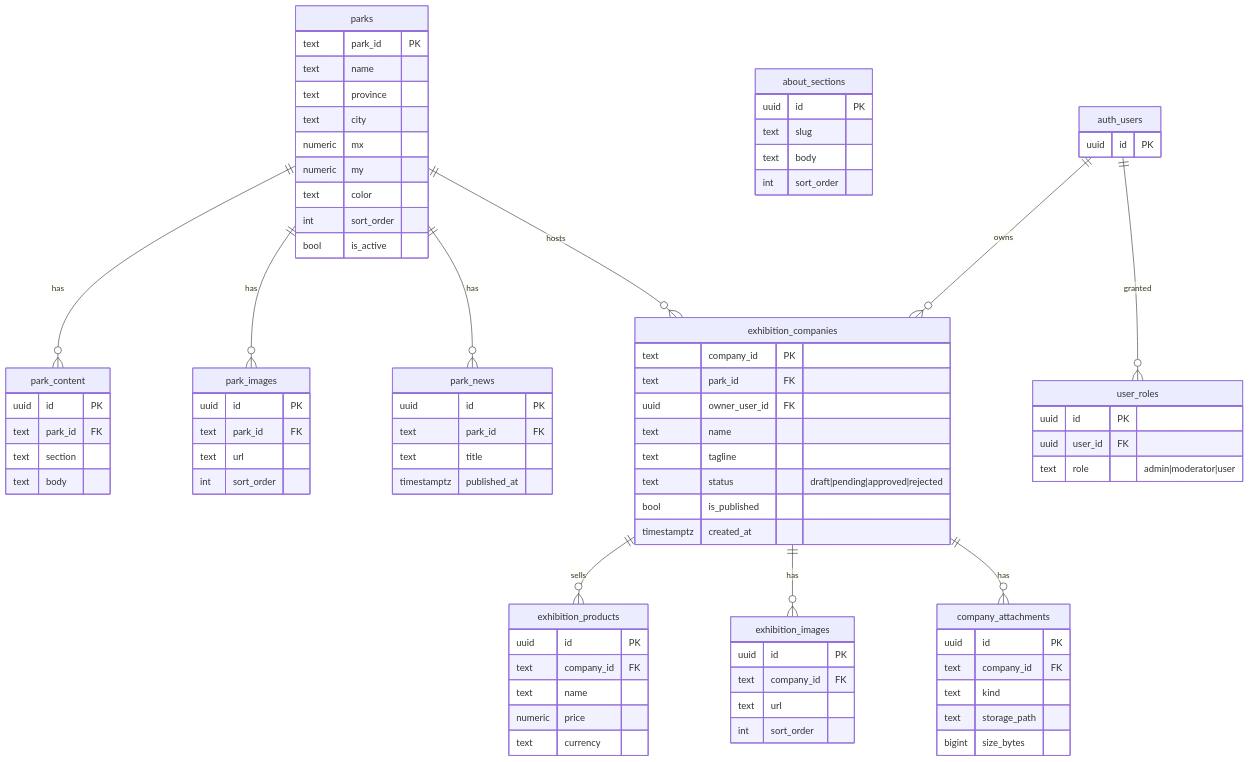
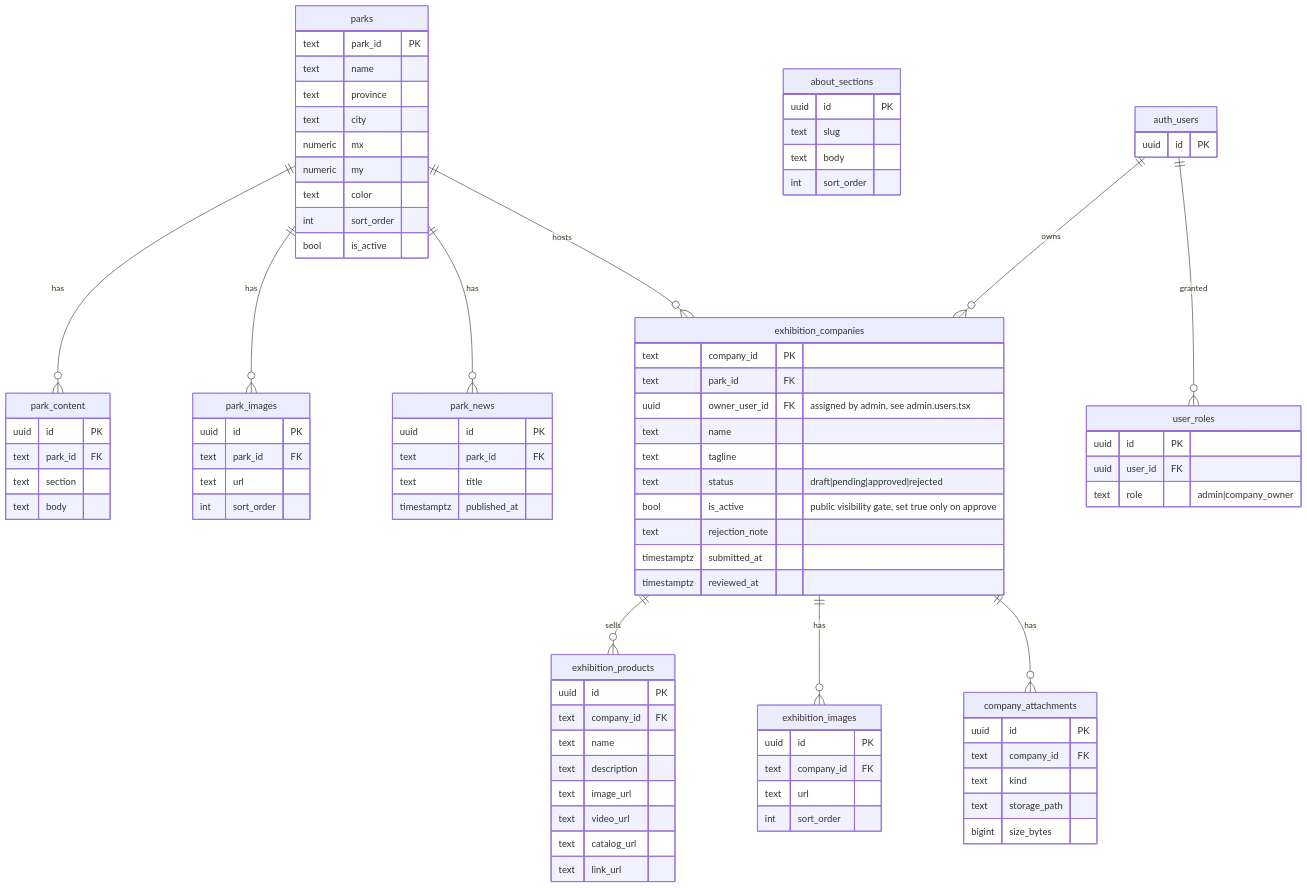
Before and after one commit to daneshavaran2/parkfava: the fifth of 11 diagrams in README.md, drawn with Mermaid. The commit also changed other lines of this file, not shown here.

```diff
--- a/README.md
+++ b/README.md
@@ -325,19 +339,24 @@
   exhibition_companies {
     text company_id PK
     text park_id FK
-    uuid owner_user_id FK
+    uuid owner_user_id FK "assigned by admin, see admin.users.tsx"
     text name
     text tagline
     text status "draft|pending|approved|rejected"
-    bool is_published
-    timestamptz created_at
+    bool is_active "public visibility gate, set true only on approve"
+    text rejection_note
+    timestamptz submitted_at
+    timestamptz reviewed_at
   }
   exhibition_products {
     uuid id PK
     text company_id FK
     text name
-    numeric price
-    text currency
+    text description
+    text image_url
+    text video_url
+    text catalog_url
+    text link_url
   }
   exhibition_images {
     uuid id PK
@@ -361,7 +380,7 @@
   user_roles {
     uuid id PK
     uuid user_id FK
-    text role "admin|moderator|user"
+    text role "admin|company_owner"
   }
   auth_users {
     uuid id PK
```
